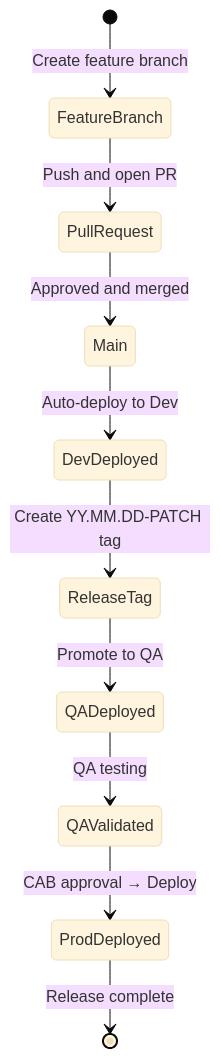
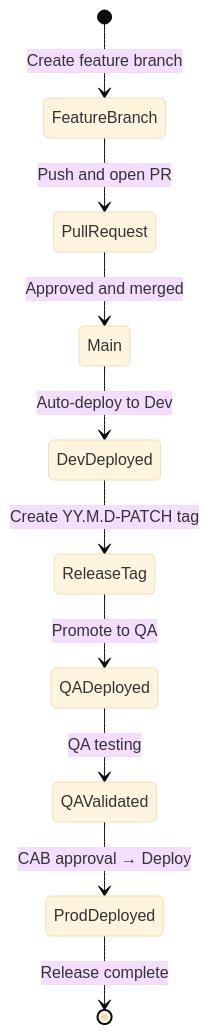
Before and after one commit to djdanielsson/rh1-docs: the diagram in docs/GIT-WORKFLOW.md, drawn with Mermaid (base theme). The commit also changed other lines of this file and 15 other files, not shown here.

````diff
--- a/docs/GIT-WORKFLOW.md
+++ b/docs/GIT-WORKFLOW.md
@@ -150,12 +150,12 @@
 ```mermaid
 stateDiagram-v2
     [*] --> FeatureBranch: Create feature branch
     FeatureBranch --> PullRequest: Push and open PR
     PullRequest --> Main: Approved and merged
     Main --> DevDeployed: Auto-deploy to Dev
-    DevDeployed --> ReleaseTag: Create YY.MM.DD-PATCH tag
+    DevDeployed --> ReleaseTag: Create YY.M.D-PATCH tag
     ReleaseTag --> QADeployed: Promote to QA
     QADeployed --> QAValidated: QA testing
     QAValidated --> ProdDeployed: CAB approval → Deploy
     ProdDeployed --> [*]: Release complete
 ```
````
